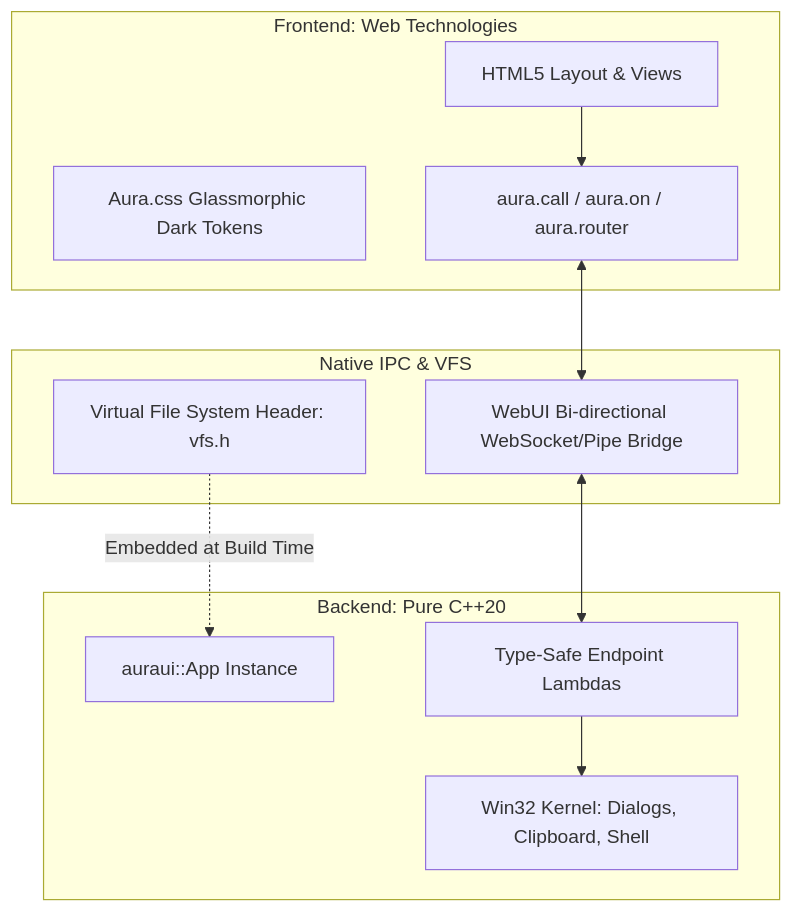
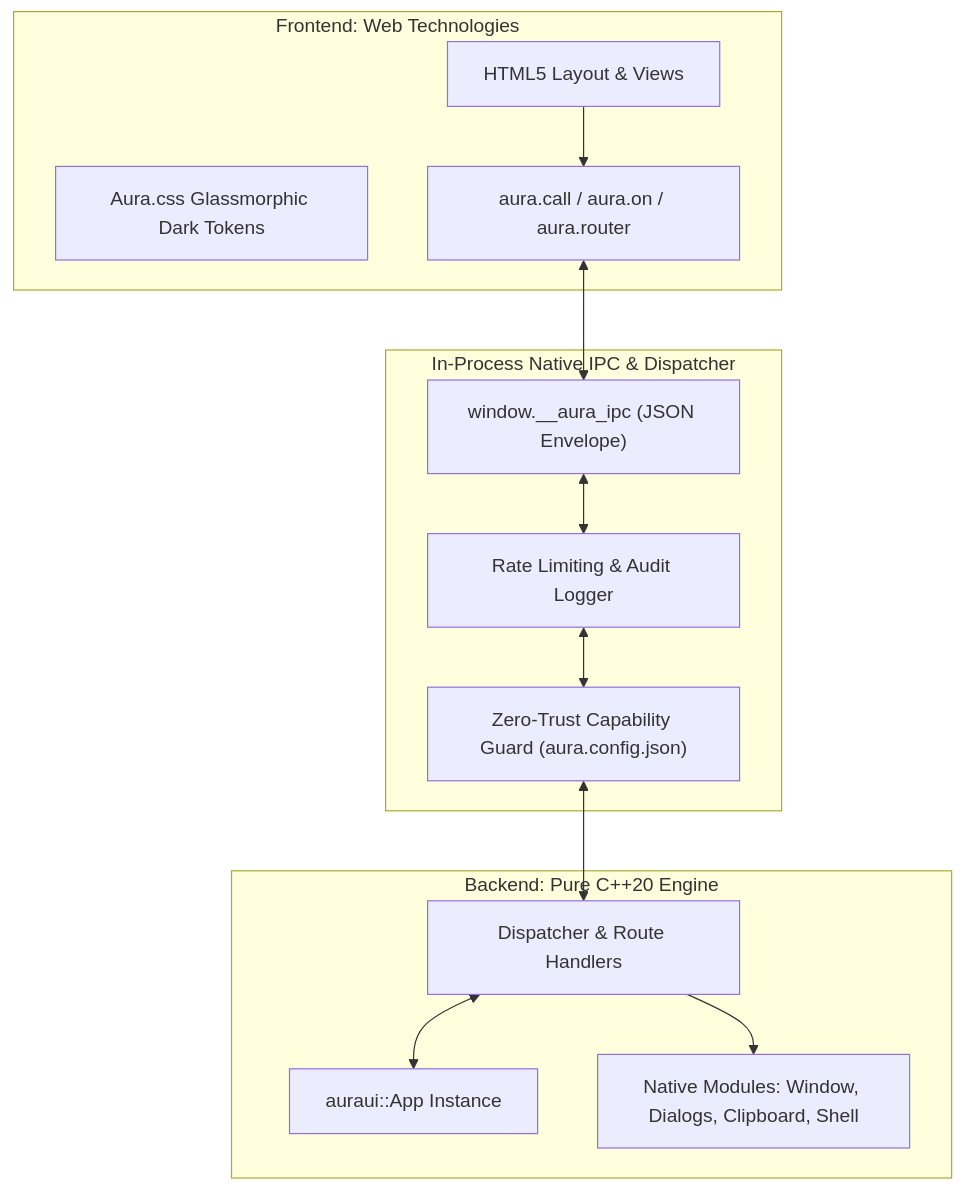
The diagram in docs/USER_GUIDE.md (Byukusenge-Andrew/auraui), drawn with Mermaid before and after one commit. The commit also changed other lines of this file and 129 other files, not shown here.

````diff
--- a/docs/USER_GUIDE.md
+++ b/docs/USER_GUIDE.md
@@ -45,25 +47,28 @@
 ```mermaid
 graph TD
     subgraph UI_Layer [Frontend: Web Technologies]
         HTML[HTML5 Layout & Views]
         CSS[Aura.css Glassmorphic Dark Tokens]
         JS[aura.call / aura.on / aura.router]
     end
 
-    subgraph IPC_Bridge [Native IPC & VFS]
-        Bridge[WebUI Bi-directional WebSocket/Pipe Bridge]
-        VFS[Virtual File System Header: vfs.h]
+    subgraph IPC_Gateway [In-Process Native IPC & Dispatcher]
+        IPC["window.__aura_ipc (JSON Envelope)"]
+        Audit["Rate Limiting & Audit Logger"]
+        Sec["Zero-Trust Capability Guard (aura.config.json)"]
     end
 
-    subgraph Core_Engine [Backend: Pure C++20]
+    subgraph Core_Engine [Backend: Pure C++20 Engine]
         App[auraui::App Instance]
-        Handlers[Type-Safe Endpoint Lambdas]
-        NativeOS[Win32 Kernel: Dialogs, Clipboard, Shell]
+        Router[Dispatcher & Route Handlers]
+        NativeOS[Native Modules: Window, Dialogs, Clipboard, Shell]
     end
 
     HTML --> JS
-    JS <--> Bridge
-    Bridge <--> Handlers
-    Handlers --> NativeOS
-    VFS -.->|Embedded at Build Time| App
+    JS <--> IPC
+    IPC <--> Audit
+    Audit <--> Sec
+    Sec <--> Router
+    Router <--> App
+    Router --> NativeOS
 ```
````
